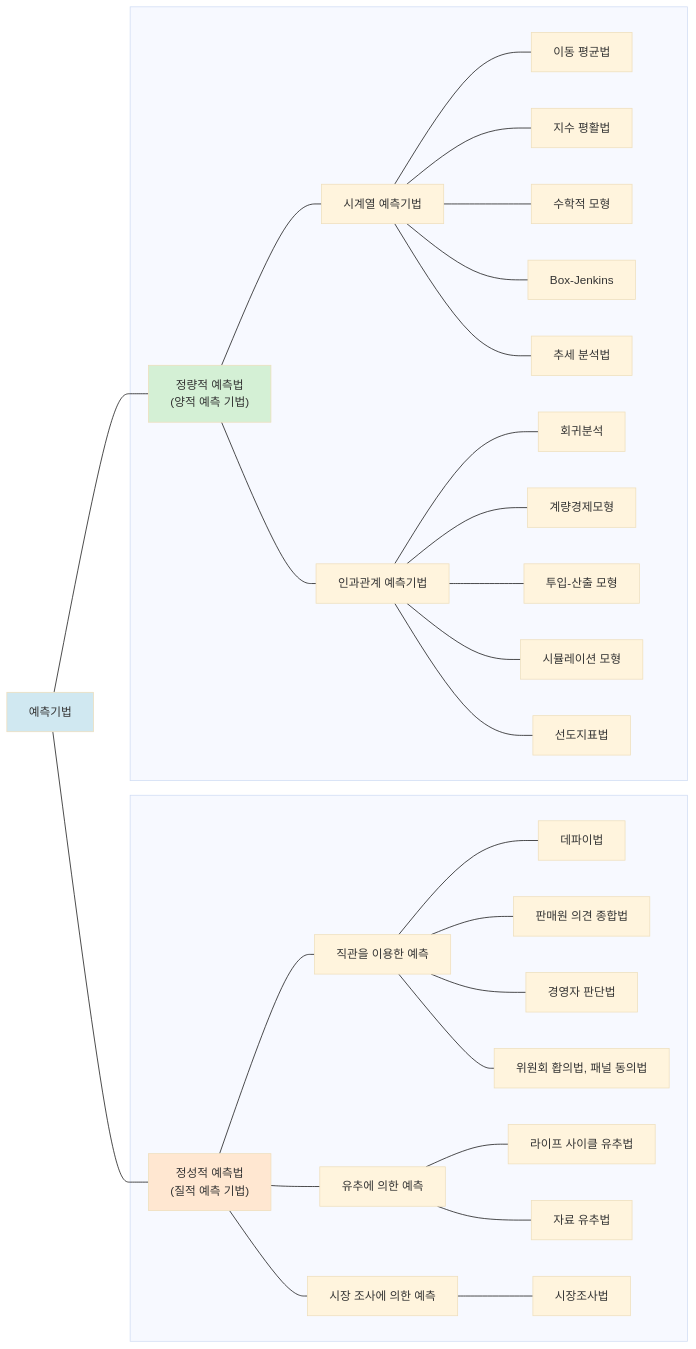
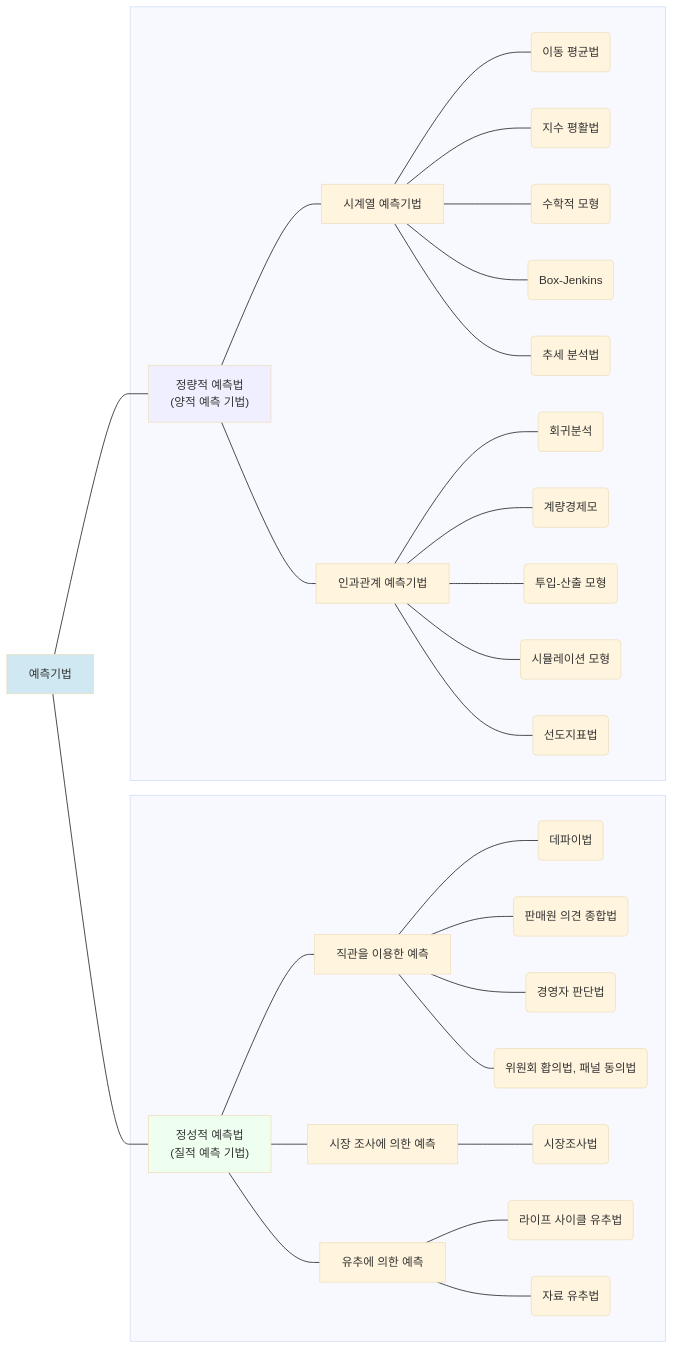
The diagram in 0201수요예측.qmd (yeonkyupark/pepc2e), drawn with Mermaid (base theme) before and after one commit. The commit also changed other lines of this file, not shown here.

````diff
--- a/0201수요예측.qmd
+++ b/0201수요예측.qmd
@@ -11,40 +11,40 @@
 ```{mermaid}
 flowchart LR
 subgraph s1["   "]
 10["정성적 예측법<br>(질적 예측 기법)"]
-11[직관을 이용한 예측]
-12[시장 조사에 의한 예측]
-13[유추에 의한 예측]
-11 --- 111[데파이법]
-11 --- 112[판매원 의견 종합법]
-11 --- 113[경영자 판단법]
-11 --- 114[위원회 홥의법, 패널 동의법]
-12 --- 시장조사법
-13 --- 131[라이프 사이클 유추법]
-13 --- 132[자료 유추법]
+11["직관을 이용한 예측"]
+12["시장 조사에 의한 예측"]
+13["유추에 의한 예측"]
+11 --- 111("데파이법")
+11 --- 112("판매원 의견 종합법")
+11 --- 113("경영자 판단법")
+11 --- 114("위원회 홥의법, 패널 동의법")
+12 --- 121("시장조사법")
+13 --- 131("라이프 사이클 유추법")
+13 --- 132("자료 유추법")
 10 --- 11 & 12 & 13
 end
 
 subgraph s2["   "]
 20["정량적 예측법<br>(양적 예측 기법)"]
-21[시계열 예측기법]
-22[인과관계 예측기법]
-21 --- 211[이동 평균법]
-21 --- 212[지수 평활법]
-21 --- 213[수학적 모형]
-21 --- 214[Box-Jenkins]
-21 --- 215[추세 분석법]
-22 --- 221[회귀분석]
-22 --- 222[계량경제모형]
-22 --- 223[투입-산출 모형]
-22 --- 224[시뮬레이션 모형]
-22 --- 225[선도지표법]
+21["시계열 예측기법"]
+22["인과관계 예측기법"]
+21 --- 211("이동 평균법")
+21 --- 212("지수 평활법")
+21 --- 213("수학적 모형")
+21 --- 214("Box-Jenkins")
+21 --- 215("추세 분석법")
+22 --- 221("회귀분석")
+22 --- 222("계량경제모")
+22 --- 223("투입-산출 모형")
+22 --- 224("시뮬레이션 모형")
+22 --- 225("선도지표법")
 20 --- 21 & 22
 end
 
 예측기법 --- 10 & 20
 
-style 20 fill:#d4f0d5
-style 10 fill:#ffe7d1
+style 20 fill:#efefff
+style 10 fill:#efffef
 style 예측기법 fill:#d0e8f1
 ```
````
